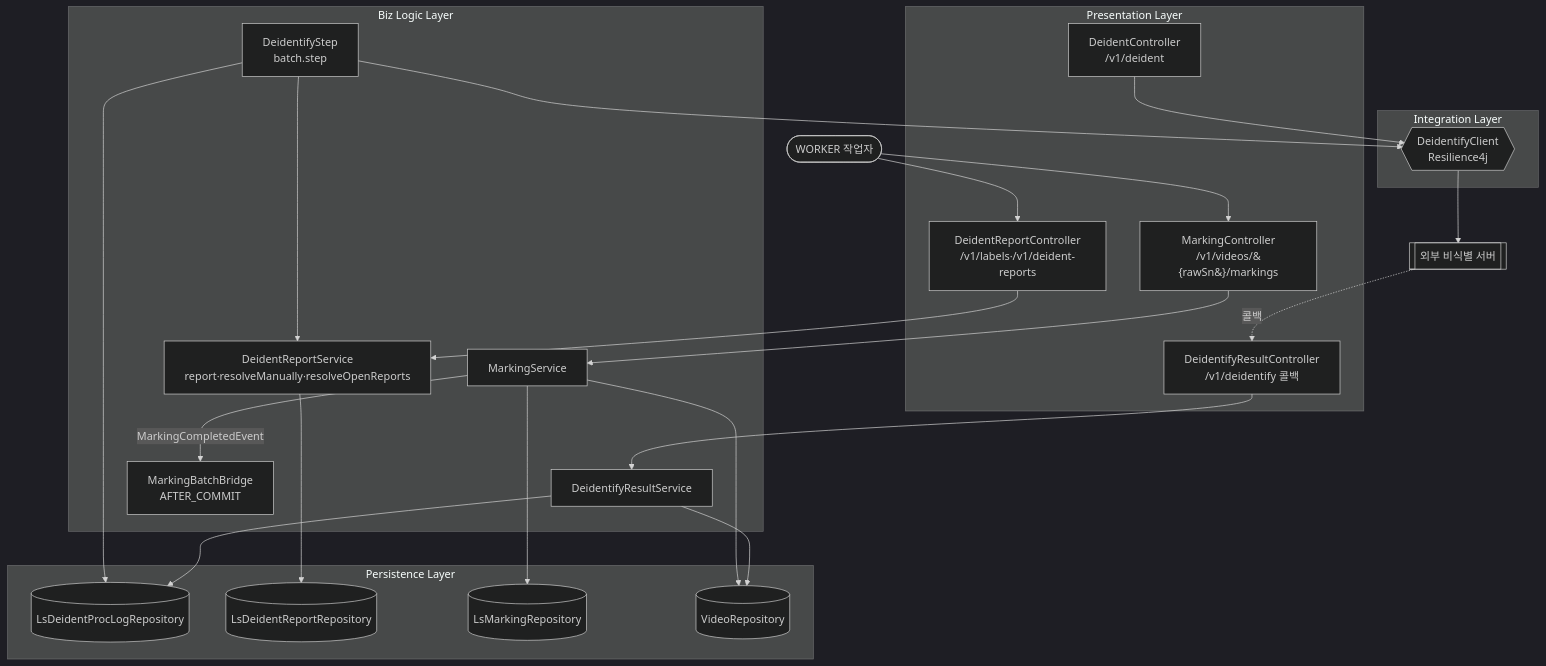
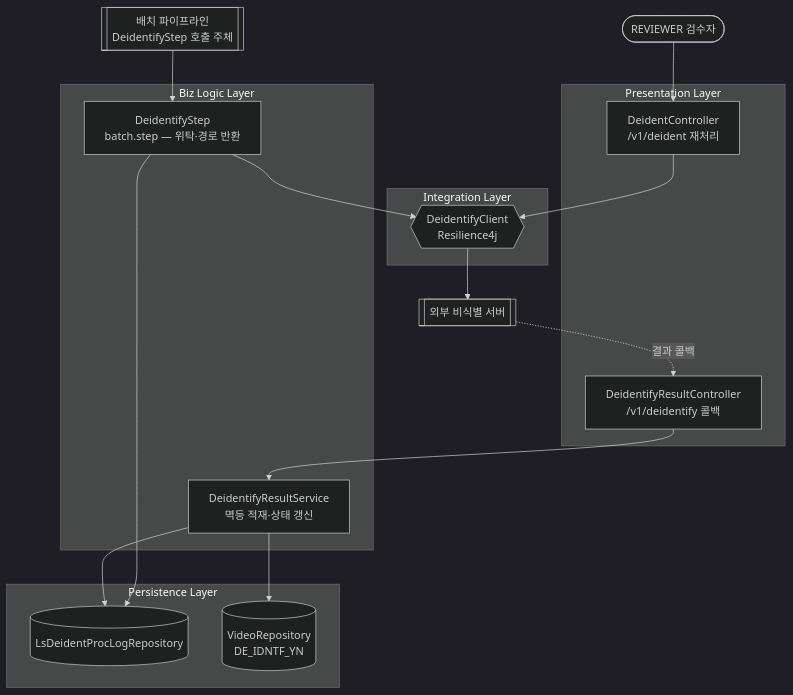
One commit to New-stella/klid-label changed diagram 11 of 13 in docs/design/D3-컴포넌트설계서.md. Above: the diagram before and after it, drawn with Mermaid (dark theme). The commit also changed other lines of this file, not shown here.

````diff
--- a/docs/design/D3-컴포넌트설계서.md
+++ b/docs/design/D3-컴포넌트설계서.md
@@ -237,49 +400,33 @@
 ```mermaid
 flowchart TB
-  WORKER([WORKER 작업자])
+  REVIEWER([REVIEWER 검수자])
   DEID[["외부 비식별 서버"]]
+  BATCH[["배치 파이프라인<br/>DeidentifyStep 호출 주체"]]
 
   subgraph Presentation [Presentation Layer]
+    DeidCtrl[DeidentController<br/>/v1/deident 재처리]
     DeidResCtrl[DeidentifyResultController<br/>/v1/deidentify 콜백]
-    DeidRptCtrl[DeidentReportController<br/>/v1/labels·/v1/deident-reports]
-    DeidCtrl[DeidentController<br/>/v1/deident]
-    MarkCtrl[MarkingController<br/>/v1/videos/&#123;rawSn&#125;/markings]
   end
-
   subgraph Biz [Biz Logic Layer]
-    DeidStep[DeidentifyStep<br/>batch.step]
-    DeidResSvc[DeidentifyResultService]
-    DeidRptSvc[DeidentReportService<br/>report·resolveManually·resolveOpenReports]
-    MarkSvc[MarkingService]
-    MarkBridge[MarkingBatchBridge<br/>AFTER_COMMIT]
+    DeidStep[DeidentifyStep<br/>batch.step — 위탁·경로 반환]
+    DeidResSvc[DeidentifyResultService<br/>멱등 적재·상태 갱신]
   end
-
   subgraph Persistence [Persistence Layer]
     ProcLogRepo[(LsDeidentProcLogRepository)]
-    RptRepo[(LsDeidentReportRepository)]
-    MarkRepo[(LsMarkingRepository)]
-    VidRepo[(VideoRepository)]
+    VidRepo[(VideoRepository<br/>DE_IDNTF_YN)]
   end
-
   subgraph Integration [Integration Layer]
     DeidClient{{DeidentifyClient<br/>Resilience4j}}
   end
 
+  BATCH --> DeidStep
+  REVIEWER --> DeidCtrl
+  DeidCtrl --> DeidClient
   DeidStep --> DeidClient
+  DeidStep --> ProcLogRepo
   DeidClient --> DEID
-  DEID -.콜백.-> DeidResCtrl
+  DEID -.결과 콜백.-> DeidResCtrl
   DeidResCtrl --> DeidResSvc
   DeidResSvc --> ProcLogRepo
   DeidResSvc --> VidRepo
-  DeidStep --> ProcLogRepo
-  DeidStep --> DeidRptSvc
-  WORKER --> DeidRptCtrl
-  DeidRptCtrl --> DeidRptSvc
-  DeidRptSvc --> RptRepo
-  DeidCtrl --> DeidClient
-  WORKER --> MarkCtrl
-  MarkCtrl --> MarkSvc
-  MarkSvc --> MarkRepo
-  MarkSvc --> VidRepo
-  MarkSvc -->|MarkingCompletedEvent| MarkBridge
 ```
````
